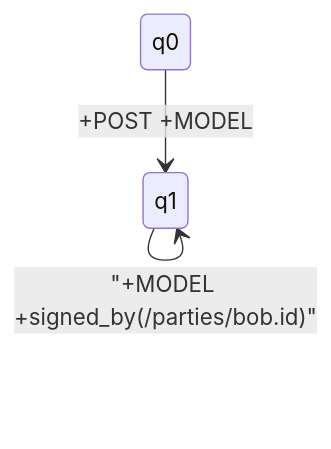
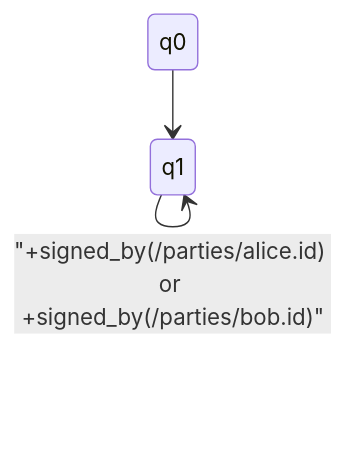
The second of 2 diagrams in sites/www.modality.org/docs/getting-started/first-contract.md (modality-org/modality), drawn with Mermaid before and after one commit. The commit also changed other lines of this file and 8 other files, not shown here.

Commit message:
Refactor first contract model to remove POST transitions, allowing only signed transitions by Alice. Update documentation and tests to reflect changes in the contract model structure and ensure consistency across examples. Validate that synthesized models no longer include POST or references to Bob.

````diff
--- a/sites/www.modality.org/docs/getting-started/first-contract.md
+++ b/sites/www.modality.org/docs/getting-started/first-contract.md
@@ -526,8 +518,5 @@
 ```mermaid
 stateDiagram-v2
-    q0 --> q1 : +POST +MODEL
-    q1 --> q1 : "+POST +signed_by(/parties/alice.id)"
-    q1 --> q1 : "+POST +signed_by(/parties/bob.id)"
-    q1 --> q1 : "+MODEL +signed_by(/parties/alice.id)"
-    q1 --> q1 : "+MODEL +signed_by(/parties/bob.id)"
+    q0 --> q1
+    q1 --> q1 : "+signed_by(/parties/alice.id) or +signed_by(/parties/bob.id)"
 ```
````
